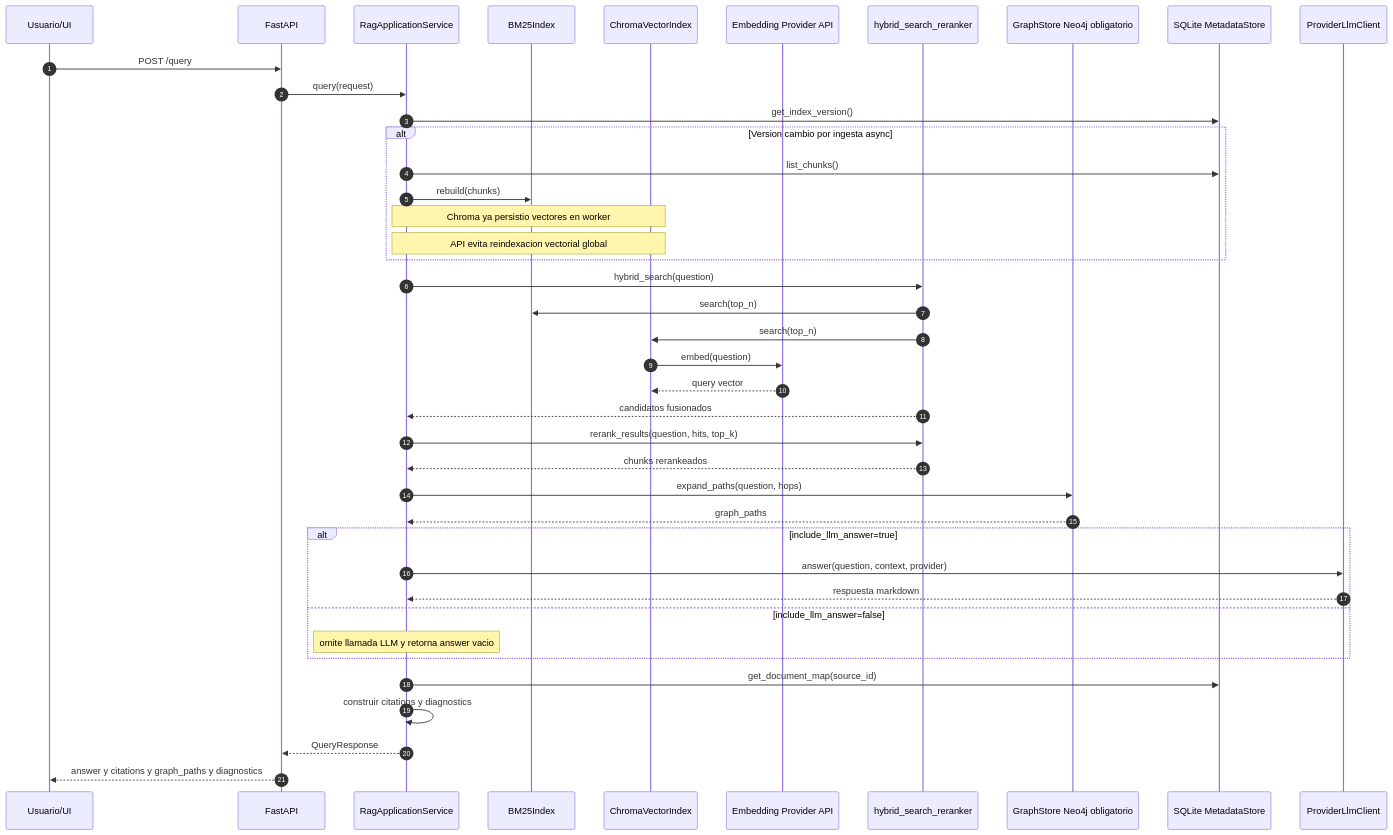
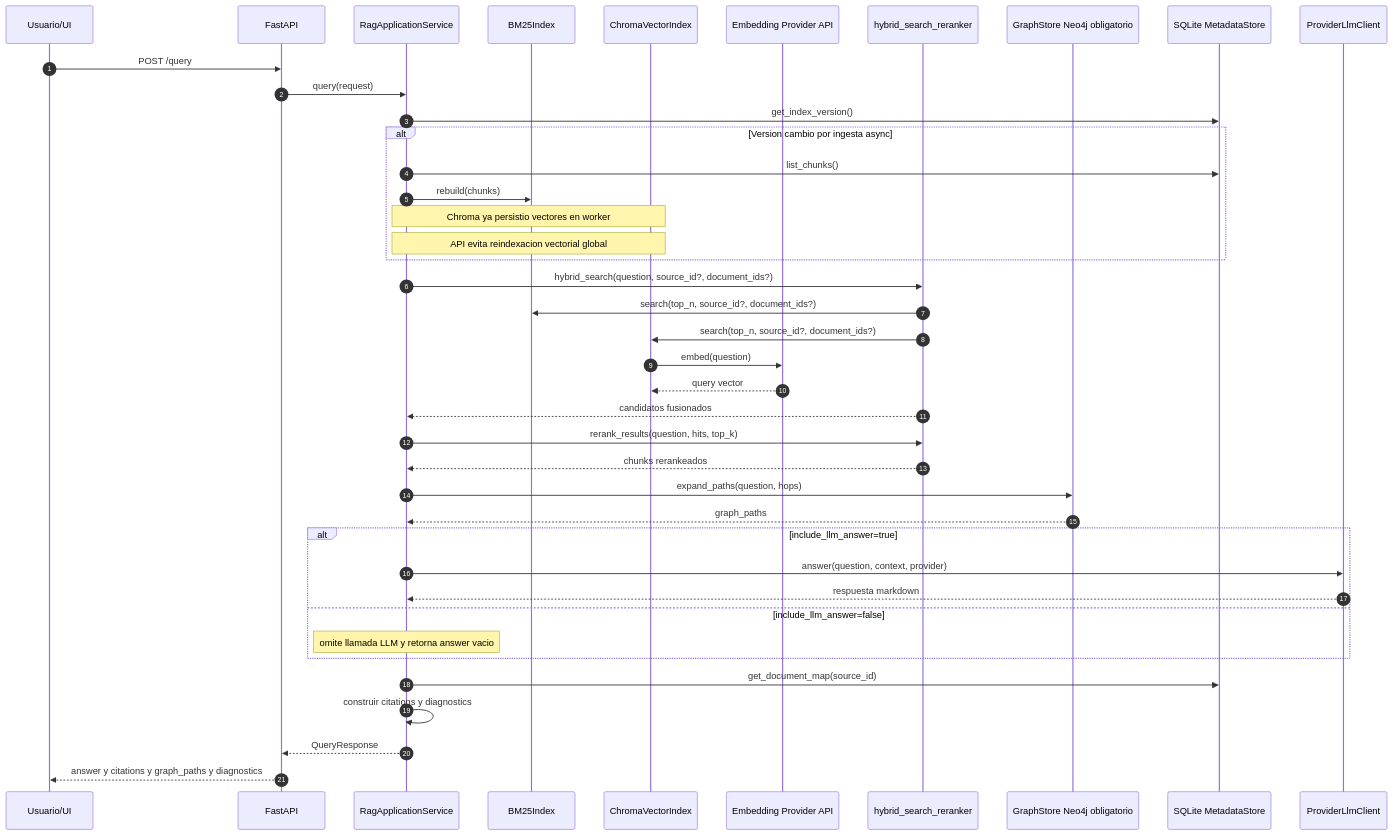
One commit to gherrerz/KDB-RAG-Docs changed the fourth of 4 diagrams in docs/ARCHITECTURE.md. Above: the diagram before and after it, drawn with Mermaid. The commit also changed other lines of this file and 37 other files, not shown here.

````diff
--- a/docs/ARCHITECTURE.md
+++ b/docs/ARCHITECTURE.md
@@ -214,49 +224,49 @@
 ```mermaid
 sequenceDiagram
     autonumber
     participant User as Usuario/UI
     participant API as FastAPI
     participant SVC as RagApplicationService
     participant BM25 as BM25Index
     participant VEC as ChromaVectorIndex
     participant EMB as Embedding Provider API
     participant RET as hybrid_search_reranker
     participant GS as GraphStore Neo4j obligatorio
     participant DB as SQLite MetadataStore
     participant LLM as ProviderLlmClient
 
     User->>API: POST /query
     API->>SVC: query(request)
     SVC->>DB: get_index_version()
     alt Version cambio por ingesta async
         SVC->>DB: list_chunks()
         SVC->>BM25: rebuild(chunks)
         Note over SVC,VEC: Chroma ya persistio vectores en worker
         Note over SVC,VEC: API evita reindexacion vectorial global
     end
 
-    SVC->>RET: hybrid_search(question)
-    RET->>BM25: search(top_n)
-    RET->>VEC: search(top_n)
+    SVC->>RET: hybrid_search(question, source_id?, document_ids?)
+    RET->>BM25: search(top_n, source_id?, document_ids?)
+    RET->>VEC: search(top_n, source_id?, document_ids?)
     VEC->>EMB: embed(question)
     EMB-->>VEC: query vector
     RET-->>SVC: candidatos fusionados
 
     SVC->>RET: rerank_results(question, hits, top_k)
     RET-->>SVC: chunks rerankeados
 
     SVC->>GS: expand_paths(question, hops)
     GS-->>SVC: graph_paths
 
     alt include_llm_answer=true
       SVC->>LLM: answer(question, context, provider)
       LLM-->>SVC: respuesta markdown
     else include_llm_answer=false
       Note over SVC: omite llamada LLM y retorna answer vacio
     end
 
     SVC->>DB: get_document_map(source_id)
     SVC->>SVC: construir citations y diagnostics
     SVC-->>API: QueryResponse
     API-->>User: answer y citations y graph_paths y diagnostics
 ```
````
